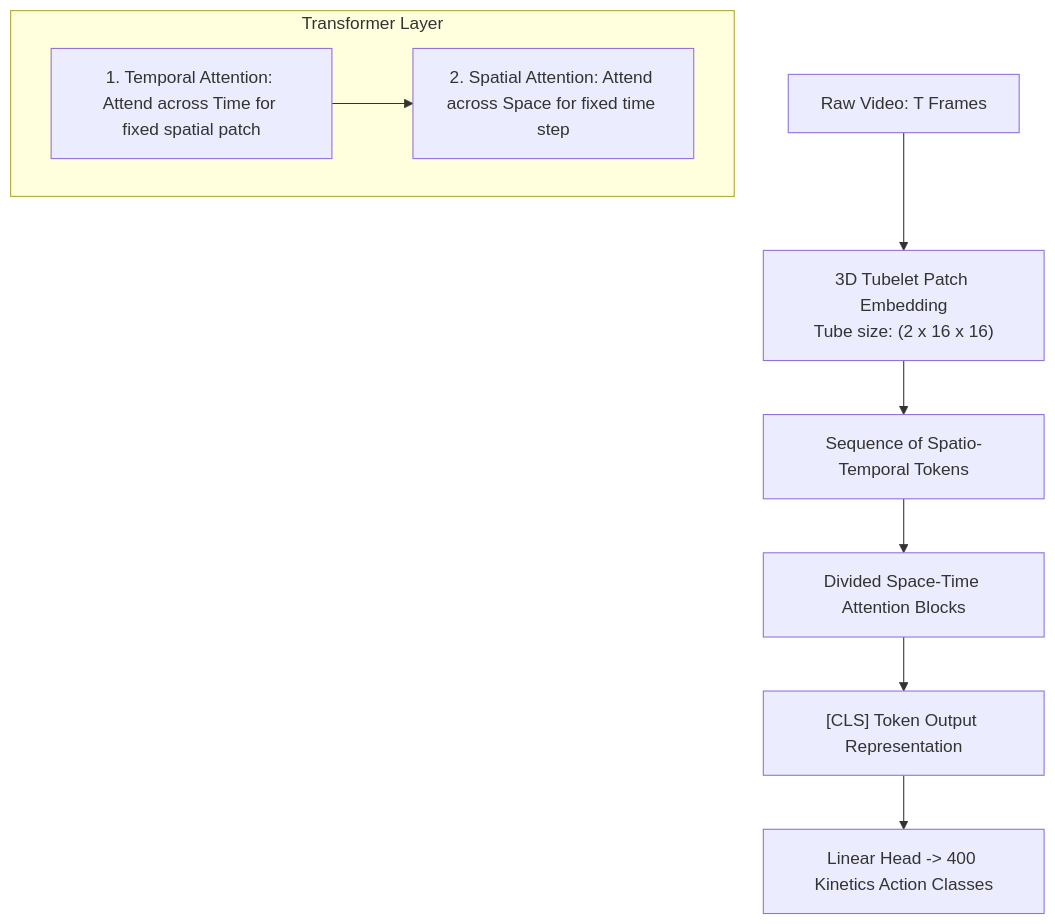
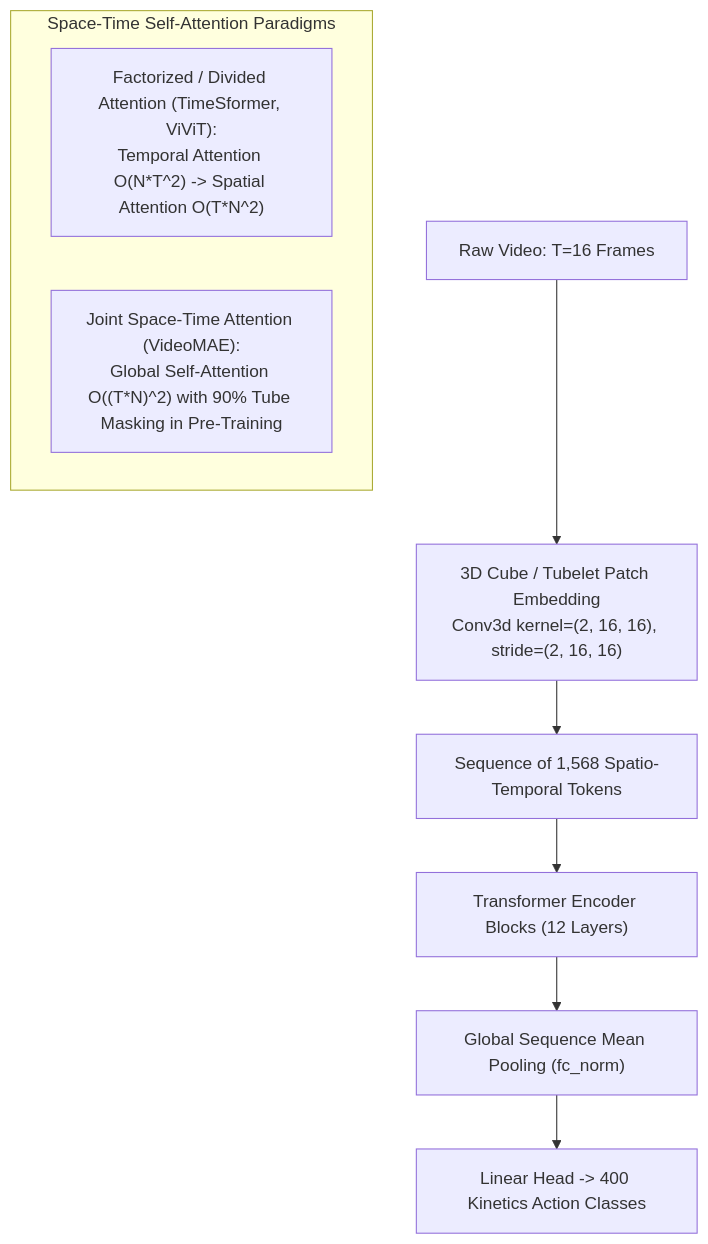
The diagram in video-understanding-lab/docs/03_video_transformer_inference.md (ghif/IF5152), drawn with Mermaid before and after one commit. The commit also changed other lines of this file and 6 other files, not shown here.

Commit message:
Fix citation links, literature attributions, and architectural notes (Fixes #1)

````diff
--- a/video-understanding-lab/docs/03_video_transformer_inference.md
+++ b/video-understanding-lab/docs/03_video_transformer_inference.md
@@ -33,13 +33,12 @@
 ```mermaid
 flowchart TD
-    V["Raw Video: T Frames"] --> Tub["3D Tubelet Patch Embedding<br/>Tube size: (2 x 16 x 16)"]
-    Tub --> Tok["Sequence of Spatio-Temporal Tokens"]
-    Tok --> TA["Divided Space-Time Attention Blocks"]
-    subgraph AttentionBlock ["Transformer Layer"]
-        TA1["1. Temporal Attention: Attend across Time for fixed spatial patch"]
-        TA2["2. Spatial Attention: Attend across Space for fixed time step"]
-        TA1 --> TA2
+    V["Raw Video: T=16 Frames"] --> Tub["3D Cube / Tubelet Patch Embedding<br/>Conv3d kernel=(2, 16, 16), stride=(2, 16, 16)"]
+    Tub --> Tok["Sequence of 1,568 Spatio-Temporal Tokens"]
+    Tok --> TA["Transformer Encoder Blocks (12 Layers)"]
+    subgraph AttentionBlock ["Space-Time Self-Attention Paradigms"]
+        TA1["Factorized / Divided Attention (TimeSformer, ViViT):<br/>Temporal Attention O(N*T^2) -> Spatial Attention O(T*N^2)"]
+        TA2["Joint Space-Time Attention (VideoMAE):<br/>Global Self-Attention O((T*N)^2) with 90% Tube Masking in Pre-Training"]
     end
-    TA --> Cls["[CLS] Token Output Representation"]
-    Cls --> Head["Linear Head -> 400 Kinetics Action Classes"]
+    TA --> Pool["Global Sequence Mean Pooling (fc_norm)"]
+    Pool --> Head["Linear Head -> 400 Kinetics Action Classes"]
 ```
````
